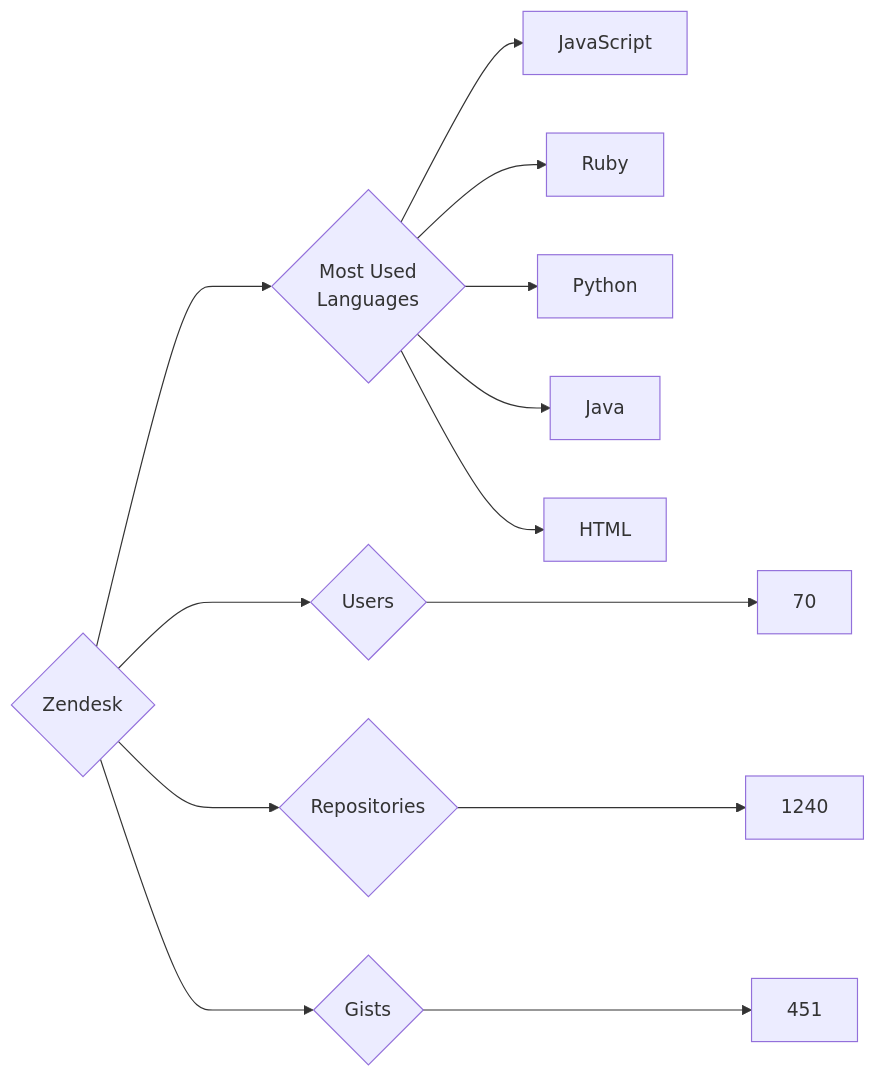
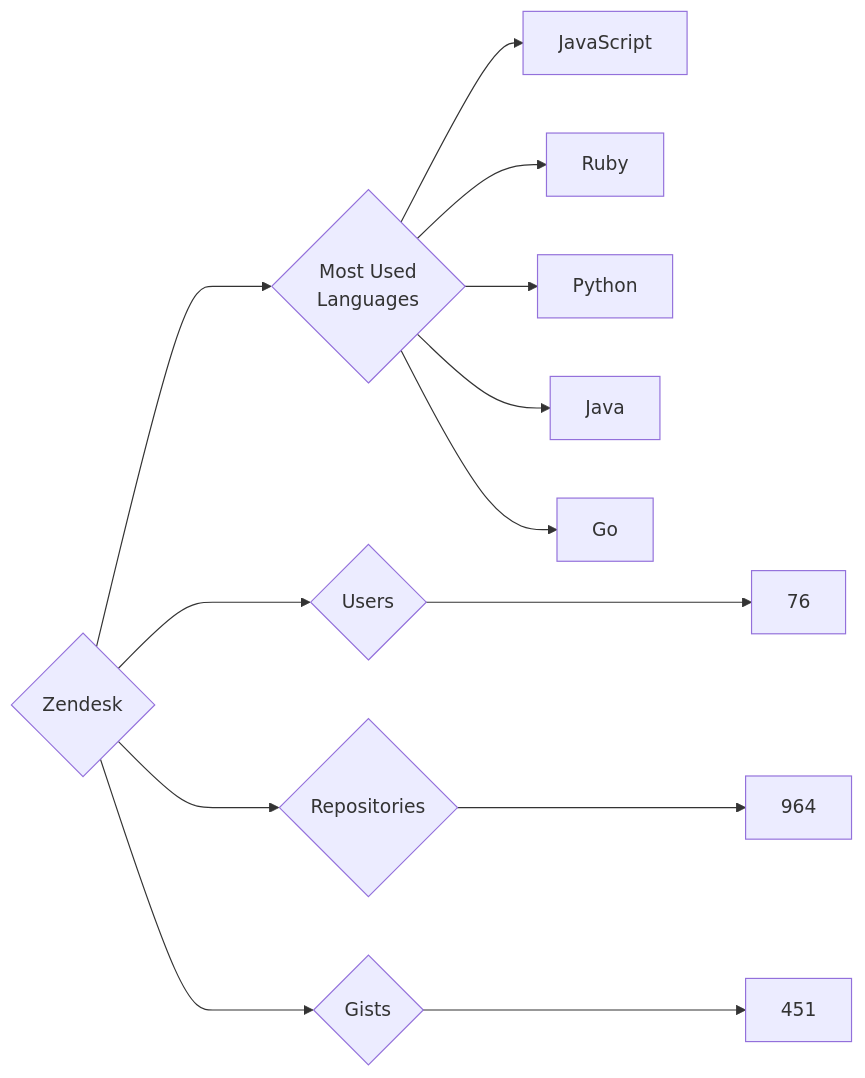
The diagram in targets/Zendesk/README.md (trickest/insiders), drawn with Mermaid before and after one commit. The commit also changed 928 other files, not shown here.

````diff
--- a/targets/Zendesk/README.md
+++ b/targets/Zendesk/README.md
@@ -3,13 +3,13 @@
 ```mermaid
 graph LR
 COMPANY_NAME{Zendesk}
-COMPANY_NAME ---> U{Users} ---> UN[70]
-COMPANY_NAME ---> R{Repositories} ---> RN[1240]
+COMPANY_NAME ---> U{Users} ---> UN[76]
+COMPANY_NAME ---> R{Repositories} ---> RN[964]
 COMPANY_NAME ---> G{Gists} ---> GN[451]
 COMPANY_NAME ---> ML{Most Used<br>Languages}
 ML --> JavaScript[JavaScript]
 ML --> Ruby[Ruby]
 ML --> Python[Python]
 ML --> Java[Java]
-ML --> HTML[HTML]
+ML --> Go[Go]
 ```
````
